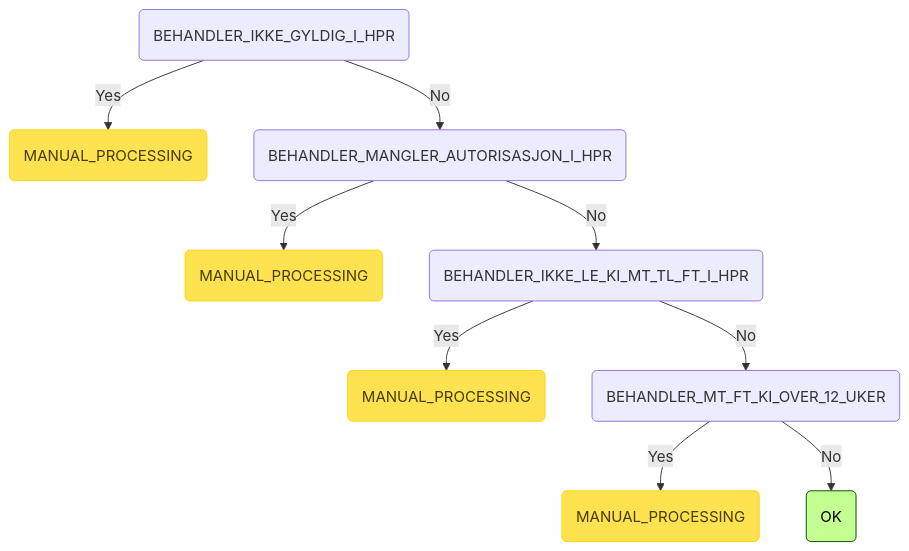
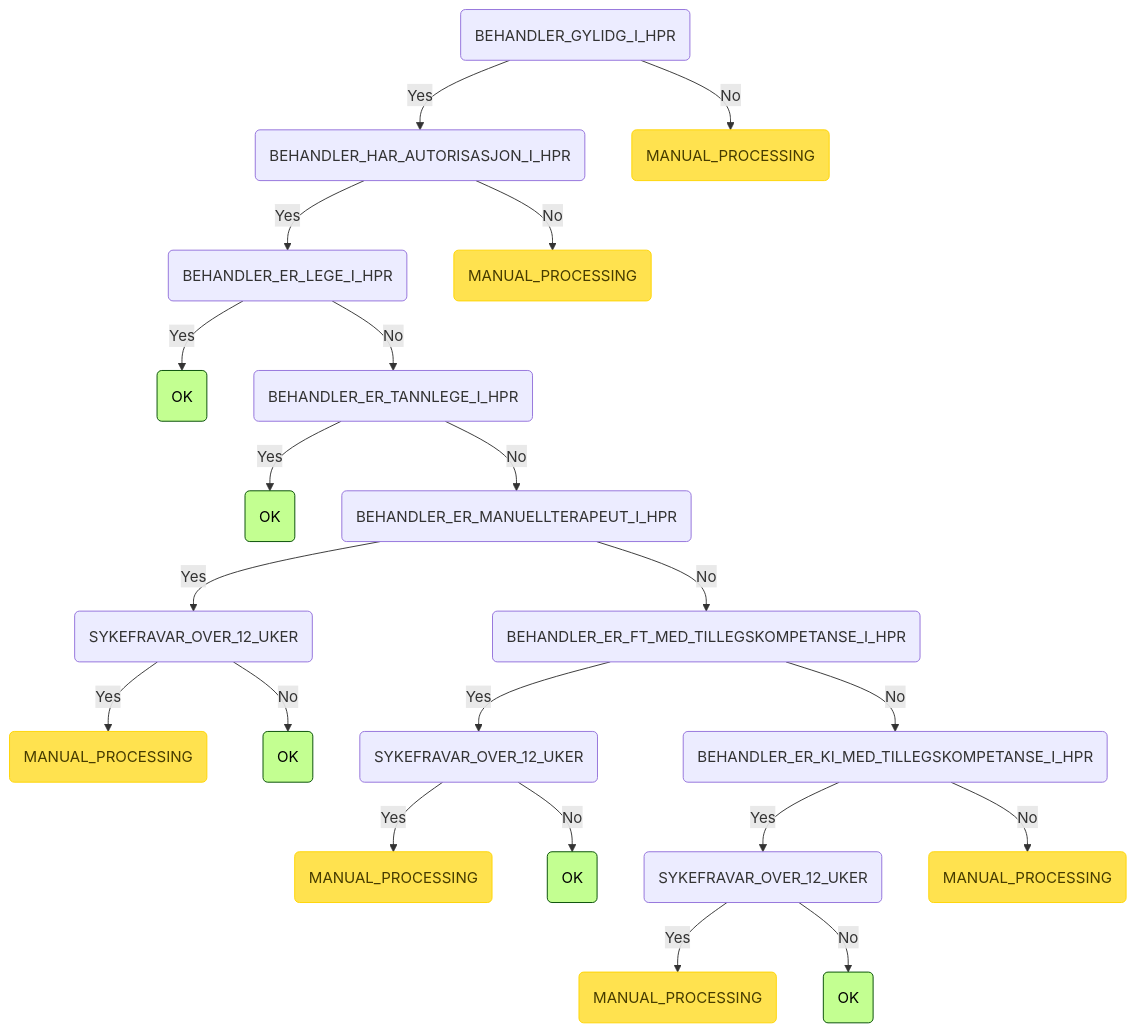
One commit to navikt/syfosmpapirregler changed the fourth of 10 diagrams in README.md. Above: the diagram before and after it, drawn with Mermaid. The commit also changed 11 other files, not shown here.

````diff
--- a/README.md
+++ b/README.md
@@ -87,14 +87,26 @@
 ```mermaid
 graph TD
-    root(BEHANDLER_IKKE_GYLDIG_I_HPR) -->|Yes| root_BEHANDLER_IKKE_GYLDIG_I_HPR_MANUAL_PROCESSING(MANUAL_PROCESSING):::manuell
-    root(BEHANDLER_IKKE_GYLDIG_I_HPR) -->|No| root_BEHANDLER_IKKE_GYLDIG_I_HPR_BEHANDLER_MANGLER_AUTORISASJON_I_HPR(BEHANDLER_MANGLER_AUTORISASJON_I_HPR)
-    root_BEHANDLER_IKKE_GYLDIG_I_HPR_BEHANDLER_MANGLER_AUTORISASJON_I_HPR(BEHANDLER_MANGLER_AUTORISASJON_I_HPR) -->|Yes| root_BEHANDLER_IKKE_GYLDIG_I_HPR_BEHANDLER_MANGLER_AUTORISASJON_I_HPR_MANUAL_PROCESSING(MANUAL_PROCESSING):::manuell
-    root_BEHANDLER_IKKE_GYLDIG_I_HPR_BEHANDLER_MANGLER_AUTORISASJON_I_HPR(BEHANDLER_MANGLER_AUTORISASJON_I_HPR) -->|No| root_BEHANDLER_IKKE_GYLDIG_I_HPR_BEHANDLER_MANGLER_AUTORISASJON_I_HPR_BEHANDLER_IKKE_LE_KI_MT_TL_FT_I_HPR(BEHANDLER_IKKE_LE_KI_MT_TL_FT_I_HPR)
-    root_BEHANDLER_IKKE_GYLDIG_I_HPR_BEHANDLER_MANGLER_AUTORISASJON_I_HPR_BEHANDLER_IKKE_LE_KI_MT_TL_FT_I_HPR(BEHANDLER_IKKE_LE_KI_MT_TL_FT_I_HPR) -->|Yes| root_BEHANDLER_IKKE_GYLDIG_I_HPR_BEHANDLER_MANGLER_AUTORISASJON_I_HPR_BEHANDLER_IKKE_LE_KI_MT_TL_FT_I_HPR_MANUAL_PROCESSING(MANUAL_PROCESSING):::manuell
-    root_BEHANDLER_IKKE_GYLDIG_I_HPR_BEHANDLER_MANGLER_AUTORISASJON_I_HPR_BEHANDLER_IKKE_LE_KI_MT_TL_FT_I_HPR(BEHANDLER_IKKE_LE_KI_MT_TL_FT_I_HPR) -->|No| root_BEHANDLER_IKKE_GYLDIG_I_HPR_BEHANDLER_MANGLER_AUTORISASJON_I_HPR_BEHANDLER_IKKE_LE_KI_MT_TL_FT_I_HPR_BEHANDLER_MT_FT_KI_OVER_12_UKER(BEHANDLER_MT_FT_KI_OVER_12_UKER)
-    root_BEHANDLER_IKKE_GYLDIG_I_HPR_BEHANDLER_MANGLER_AUTORISASJON_I_HPR_BEHANDLER_IKKE_LE_KI_MT_TL_FT_I_HPR_BEHANDLER_MT_FT_KI_OVER_12_UKER(BEHANDLER_MT_FT_KI_OVER_12_UKER) -->|Yes| root_BEHANDLER_IKKE_GYLDIG_I_HPR_BEHANDLER_MANGLER_AUTORISASJON_I_HPR_BEHANDLER_IKKE_LE_KI_MT_TL_FT_I_HPR_BEHANDLER_MT_FT_KI_OVER_12_UKER_MANUAL_PROCESSING(MANUAL_PROCESSING):::manuell
-    root_BEHANDLER_IKKE_GYLDIG_I_HPR_BEHANDLER_MANGLER_AUTORISASJON_I_HPR_BEHANDLER_IKKE_LE_KI_MT_TL_FT_I_HPR_BEHANDLER_MT_FT_KI_OVER_12_UKER(BEHANDLER_MT_FT_KI_OVER_12_UKER) -->|No| root_BEHANDLER_IKKE_GYLDIG_I_HPR_BEHANDLER_MANGLER_AUTORISASJON_I_HPR_BEHANDLER_IKKE_LE_KI_MT_TL_FT_I_HPR_BEHANDLER_MT_FT_KI_OVER_12_UKER_OK(OK):::ok
+    root(BEHANDLER_GYLIDG_I_HPR) -->|Yes| root_BEHANDLER_GYLIDG_I_HPR_BEHANDLER_HAR_AUTORISASJON_I_HPR(BEHANDLER_HAR_AUTORISASJON_I_HPR)
+    root_BEHANDLER_GYLIDG_I_HPR_BEHANDLER_HAR_AUTORISASJON_I_HPR(BEHANDLER_HAR_AUTORISASJON_I_HPR) -->|Yes| root_BEHANDLER_GYLIDG_I_HPR_BEHANDLER_HAR_AUTORISASJON_I_HPR_BEHANDLER_ER_LEGE_I_HPR(BEHANDLER_ER_LEGE_I_HPR)
+    root_BEHANDLER_GYLIDG_I_HPR_BEHANDLER_HAR_AUTORISASJON_I_HPR_BEHANDLER_ER_LEGE_I_HPR(BEHANDLER_ER_LEGE_I_HPR) -->|Yes| root_BEHANDLER_GYLIDG_I_HPR_BEHANDLER_HAR_AUTORISASJON_I_HPR_BEHANDLER_ER_LEGE_I_HPR_OK(OK):::ok
+    root_BEHANDLER_GYLIDG_I_HPR_BEHANDLER_HAR_AUTORISASJON_I_HPR_BEHANDLER_ER_LEGE_I_HPR(BEHANDLER_ER_LEGE_I_HPR) -->|No| root_BEHANDLER_GYLIDG_I_HPR_BEHANDLER_HAR_AUTORISASJON_I_HPR_BEHANDLER_ER_LEGE_I_HPR_BEHANDLER_ER_TANNLEGE_I_HPR(BEHANDLER_ER_TANNLEGE_I_HPR)
+    root_BEHANDLER_GYLIDG_I_HPR_BEHANDLER_HAR_AUTORISASJON_I_HPR_BEHANDLER_ER_LEGE_I_HPR_BEHANDLER_ER_TANNLEGE_I_HPR(BEHANDLER_ER_TANNLEGE_I_HPR) -->|Yes| root_BEHANDLER_GYLIDG_I_HPR_BEHANDLER_HAR_AUTORISASJON_I_HPR_BEHANDLER_ER_LEGE_I_HPR_BEHANDLER_ER_TANNLEGE_I_HPR_OK(OK):::ok
+    root_BEHANDLER_GYLIDG_I_HPR_BEHANDLER_HAR_AUTORISASJON_I_HPR_BEHANDLER_ER_LEGE_I_HPR_BEHANDLER_ER_TANNLEGE_I_HPR(BEHANDLER_ER_TANNLEGE_I_HPR) -->|No| root_BEHANDLER_GYLIDG_I_HPR_BEHANDLER_HAR_AUTORISASJON_I_HPR_BEHANDLER_ER_LEGE_I_HPR_BEHANDLER_ER_TANNLEGE_I_HPR_BEHANDLER_ER_MANUELLTERAPEUT_I_HPR(BEHANDLER_ER_MANUELLTERAPEUT_I_HPR)
+    root_BEHANDLER_GYLIDG_I_HPR_BEHANDLER_HAR_AUTORISASJON_I_HPR_BEHANDLER_ER_LEGE_I_HPR_BEHANDLER_ER_TANNLEGE_I_HPR_BEHANDLER_ER_MANUELLTERAPEUT_I_HPR(BEHANDLER_ER_MANUELLTERAPEUT_I_HPR) -->|Yes| root_BEHANDLER_GYLIDG_I_HPR_BEHANDLER_HAR_AUTORISASJON_I_HPR_BEHANDLER_ER_LEGE_I_HPR_BEHANDLER_ER_TANNLEGE_I_HPR_BEHANDLER_ER_MANUELLTERAPEUT_I_HPR_SYKEFRAVAR_OVER_12_UKER(SYKEFRAVAR_OVER_12_UKER)
+    root_BEHANDLER_GYLIDG_I_HPR_BEHANDLER_HAR_AUTORISASJON_I_HPR_BEHANDLER_ER_LEGE_I_HPR_BEHANDLER_ER_TANNLEGE_I_HPR_BEHANDLER_ER_MANUELLTERAPEUT_I_HPR_SYKEFRAVAR_OVER_12_UKER(SYKEFRAVAR_OVER_12_UKER) -->|Yes| root_BEHANDLER_GYLIDG_I_HPR_BEHANDLER_HAR_AUTORISASJON_I_HPR_BEHANDLER_ER_LEGE_I_HPR_BEHANDLER_ER_TANNLEGE_I_HPR_BEHANDLER_ER_MANUELLTERAPEUT_I_HPR_SYKEFRAVAR_OVER_12_UKER_MANUAL_PROCESSING(MANUAL_PROCESSING):::manuell
+    root_BEHANDLER_GYLIDG_I_HPR_BEHANDLER_HAR_AUTORISASJON_I_HPR_BEHANDLER_ER_LEGE_I_HPR_BEHANDLER_ER_TANNLEGE_I_HPR_BEHANDLER_ER_MANUELLTERAPEUT_I_HPR_SYKEFRAVAR_OVER_12_UKER(SYKEFRAVAR_OVER_12_UKER) -->|No| root_BEHANDLER_GYLIDG_I_HPR_BEHANDLER_HAR_AUTORISASJON_I_HPR_BEHANDLER_ER_LEGE_I_HPR_BEHANDLER_ER_TANNLEGE_I_HPR_BEHANDLER_ER_MANUELLTERAPEUT_I_HPR_SYKEFRAVAR_OVER_12_UKER_OK(OK):::ok
+    root_BEHANDLER_GYLIDG_I_HPR_BEHANDLER_HAR_AUTORISASJON_I_HPR_BEHANDLER_ER_LEGE_I_HPR_BEHANDLER_ER_TANNLEGE_I_HPR_BEHANDLER_ER_MANUELLTERAPEUT_I_HPR(BEHANDLER_ER_MANUELLTERAPEUT_I_HPR) -->|No| root_BEHANDLER_GYLIDG_I_HPR_BEHANDLER_HAR_AUTORISASJON_I_HPR_BEHANDLER_ER_LEGE_I_HPR_BEHANDLER_ER_TANNLEGE_I_HPR_BEHANDLER_ER_MANUELLTERAPEUT_I_HPR_BEHANDLER_ER_FT_MED_TILLEGSKOMPETANSE_I_HPR(BEHANDLER_ER_FT_MED_TILLEGSKOMPETANSE_I_HPR)
+    root_BEHANDLER_GYLIDG_I_HPR_BEHANDLER_HAR_AUTORISASJON_I_HPR_BEHANDLER_ER_LEGE_I_HPR_BEHANDLER_ER_TANNLEGE_I_HPR_BEHANDLER_ER_MANUELLTERAPEUT_I_HPR_BEHANDLER_ER_FT_MED_TILLEGSKOMPETANSE_I_HPR(BEHANDLER_ER_FT_MED_TILLEGSKOMPETANSE_I_HPR) -->|Yes| root_BEHANDLER_GYLIDG_I_HPR_BEHANDLER_HAR_AUTORISASJON_I_HPR_BEHANDLER_ER_LEGE_I_HPR_BEHANDLER_ER_TANNLEGE_I_HPR_BEHANDLER_ER_MANUELLTERAPEUT_I_HPR_BEHANDLER_ER_FT_MED_TILLEGSKOMPETANSE_I_HPR_SYKEFRAVAR_OVER_12_UKER(SYKEFRAVAR_OVER_12_UKER)
+    root_BEHANDLER_GYLIDG_I_HPR_BEHANDLER_HAR_AUTORISASJON_I_HPR_BEHANDLER_ER_LEGE_I_HPR_BEHANDLER_ER_TANNLEGE_I_HPR_BEHANDLER_ER_MANUELLTERAPEUT_I_HPR_BEHANDLER_ER_FT_MED_TILLEGSKOMPETANSE_I_HPR_SYKEFRAVAR_OVER_12_UKER(SYKEFRAVAR_OVER_12_UKER) -->|Yes| root_BEHANDLER_GYLIDG_I_HPR_BEHANDLER_HAR_AUTORISASJON_I_HPR_BEHANDLER_ER_LEGE_I_HPR_BEHANDLER_ER_TANNLEGE_I_HPR_BEHANDLER_ER_MANUELLTERAPEUT_I_HPR_BEHANDLER_ER_FT_MED_TILLEGSKOMPETANSE_I_HPR_SYKEFRAVAR_OVER_12_UKER_MANUAL_PROCESSING(MANUAL_PROCESSING):::manuell
+    root_BEHANDLER_GYLIDG_I_HPR_BEHANDLER_HAR_AUTORISASJON_I_HPR_BEHANDLER_ER_LEGE_I_HPR_BEHANDLER_ER_TANNLEGE_I_HPR_BEHANDLER_ER_MANUELLTERAPEUT_I_HPR_BEHANDLER_ER_FT_MED_TILLEGSKOMPETANSE_I_HPR_SYKEFRAVAR_OVER_12_UKER(SYKEFRAVAR_OVER_12_UKER) -->|No| root_BEHANDLER_GYLIDG_I_HPR_BEHANDLER_HAR_AUTORISASJON_I_HPR_BEHANDLER_ER_LEGE_I_HPR_BEHANDLER_ER_TANNLEGE_I_HPR_BEHANDLER_ER_MANUELLTERAPEUT_I_HPR_BEHANDLER_ER_FT_MED_TILLEGSKOMPETANSE_I_HPR_SYKEFRAVAR_OVER_12_UKER_OK(OK):::ok
+    root_BEHANDLER_GYLIDG_I_HPR_BEHANDLER_HAR_AUTORISASJON_I_HPR_BEHANDLER_ER_LEGE_I_HPR_BEHANDLER_ER_TANNLEGE_I_HPR_BEHANDLER_ER_MANUELLTERAPEUT_I_HPR_BEHANDLER_ER_FT_MED_TILLEGSKOMPETANSE_I_HPR(BEHANDLER_ER_FT_MED_TILLEGSKOMPETANSE_I_HPR) -->|No| root_BEHANDLER_GYLIDG_I_HPR_BEHANDLER_HAR_AUTORISASJON_I_HPR_BEHANDLER_ER_LEGE_I_HPR_BEHANDLER_ER_TANNLEGE_I_HPR_BEHANDLER_ER_MANUELLTERAPEUT_I_HPR_BEHANDLER_ER_FT_MED_TILLEGSKOMPETANSE_I_HPR_BEHANDLER_ER_KI_MED_TILLEGSKOMPETANSE_I_HPR(BEHANDLER_ER_KI_MED_TILLEGSKOMPETANSE_I_HPR)
+    root_BEHANDLER_GYLIDG_I_HPR_BEHANDLER_HAR_AUTORISASJON_I_HPR_BEHANDLER_ER_LEGE_I_HPR_BEHANDLER_ER_TANNLEGE_I_HPR_BEHANDLER_ER_MANUELLTERAPEUT_I_HPR_BEHANDLER_ER_FT_MED_TILLEGSKOMPETANSE_I_HPR_BEHANDLER_ER_KI_MED_TILLEGSKOMPETANSE_I_HPR(BEHANDLER_ER_KI_MED_TILLEGSKOMPETANSE_I_HPR) -->|Yes| root_BEHANDLER_GYLIDG_I_HPR_BEHANDLER_HAR_AUTORISASJON_I_HPR_BEHANDLER_ER_LEGE_I_HPR_BEHANDLER_ER_TANNLEGE_I_HPR_BEHANDLER_ER_MANUELLTERAPEUT_I_HPR_BEHANDLER_ER_FT_MED_TILLEGSKOMPETANSE_I_HPR_BEHANDLER_ER_KI_MED_TILLEGSKOMPETANSE_I_HPR_SYKEFRAVAR_OVER_12_UKER(SYKEFRAVAR_OVER_12_UKER)
+    root_BEHANDLER_GYLIDG_I_HPR_BEHANDLER_HAR_AUTORISASJON_I_HPR_BEHANDLER_ER_LEGE_I_HPR_BEHANDLER_ER_TANNLEGE_I_HPR_BEHANDLER_ER_MANUELLTERAPEUT_I_HPR_BEHANDLER_ER_FT_MED_TILLEGSKOMPETANSE_I_HPR_BEHANDLER_ER_KI_MED_TILLEGSKOMPETANSE_I_HPR_SYKEFRAVAR_OVER_12_UKER(SYKEFRAVAR_OVER_12_UKER) -->|Yes| root_BEHANDLER_GYLIDG_I_HPR_BEHANDLER_HAR_AUTORISASJON_I_HPR_BEHANDLER_ER_LEGE_I_HPR_BEHANDLER_ER_TANNLEGE_I_HPR_BEHANDLER_ER_MANUELLTERAPEUT_I_HPR_BEHANDLER_ER_FT_MED_TILLEGSKOMPETANSE_I_HPR_BEHANDLER_ER_KI_MED_TILLEGSKOMPETANSE_I_HPR_SYKEFRAVAR_OVER_12_UKER_MANUAL_PROCESSING(MANUAL_PROCESSING):::manuell
+    root_BEHANDLER_GYLIDG_I_HPR_BEHANDLER_HAR_AUTORISASJON_I_HPR_BEHANDLER_ER_LEGE_I_HPR_BEHANDLER_ER_TANNLEGE_I_HPR_BEHANDLER_ER_MANUELLTERAPEUT_I_HPR_BEHANDLER_ER_FT_MED_TILLEGSKOMPETANSE_I_HPR_BEHANDLER_ER_KI_MED_TILLEGSKOMPETANSE_I_HPR_SYKEFRAVAR_OVER_12_UKER(SYKEFRAVAR_OVER_12_UKER) -->|No| root_BEHANDLER_GYLIDG_I_HPR_BEHANDLER_HAR_AUTORISASJON_I_HPR_BEHANDLER_ER_LEGE_I_HPR_BEHANDLER_ER_TANNLEGE_I_HPR_BEHANDLER_ER_MANUELLTERAPEUT_I_HPR_BEHANDLER_ER_FT_MED_TILLEGSKOMPETANSE_I_HPR_BEHANDLER_ER_KI_MED_TILLEGSKOMPETANSE_I_HPR_SYKEFRAVAR_OVER_12_UKER_OK(OK):::ok
+    root_BEHANDLER_GYLIDG_I_HPR_BEHANDLER_HAR_AUTORISASJON_I_HPR_BEHANDLER_ER_LEGE_I_HPR_BEHANDLER_ER_TANNLEGE_I_HPR_BEHANDLER_ER_MANUELLTERAPEUT_I_HPR_BEHANDLER_ER_FT_MED_TILLEGSKOMPETANSE_I_HPR_BEHANDLER_ER_KI_MED_TILLEGSKOMPETANSE_I_HPR(BEHANDLER_ER_KI_MED_TILLEGSKOMPETANSE_I_HPR) -->|No| root_BEHANDLER_GYLIDG_I_HPR_BEHANDLER_HAR_AUTORISASJON_I_HPR_BEHANDLER_ER_LEGE_I_HPR_BEHANDLER_ER_TANNLEGE_I_HPR_BEHANDLER_ER_MANUELLTERAPEUT_I_HPR_BEHANDLER_ER_FT_MED_TILLEGSKOMPETANSE_I_HPR_BEHANDLER_ER_KI_MED_TILLEGSKOMPETANSE_I_HPR_MANUAL_PROCESSING(MANUAL_PROCESSING):::manuell
+    root_BEHANDLER_GYLIDG_I_HPR_BEHANDLER_HAR_AUTORISASJON_I_HPR(BEHANDLER_HAR_AUTORISASJON_I_HPR) -->|No| root_BEHANDLER_GYLIDG_I_HPR_BEHANDLER_HAR_AUTORISASJON_I_HPR_MANUAL_PROCESSING(MANUAL_PROCESSING):::manuell
+    root(BEHANDLER_GYLIDG_I_HPR) -->|No| root_BEHANDLER_GYLIDG_I_HPR_MANUAL_PROCESSING(MANUAL_PROCESSING):::manuell
     classDef ok fill:#c3ff91,stroke:#004a00,color: black;
     classDef invalid fill:#ff7373,stroke:#ff0000,color: black;
     classDef manuell fill:#ffe24f,stroke:#ffd500,color: #473c00;
 ```
````
